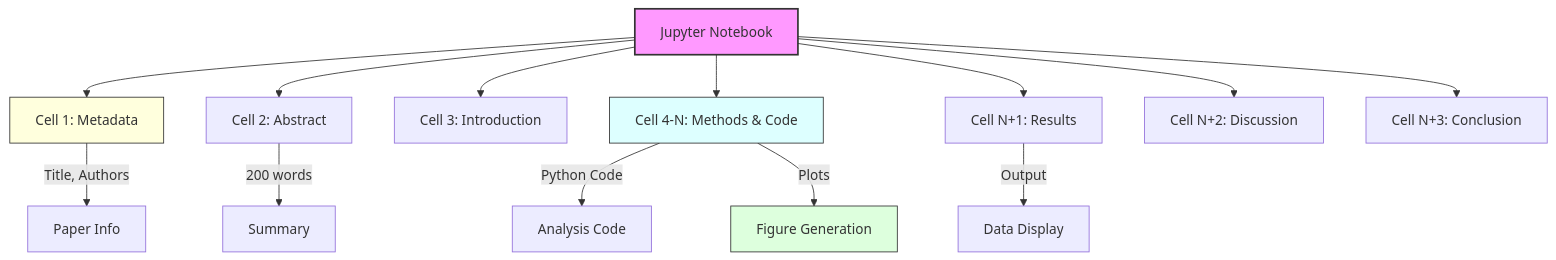
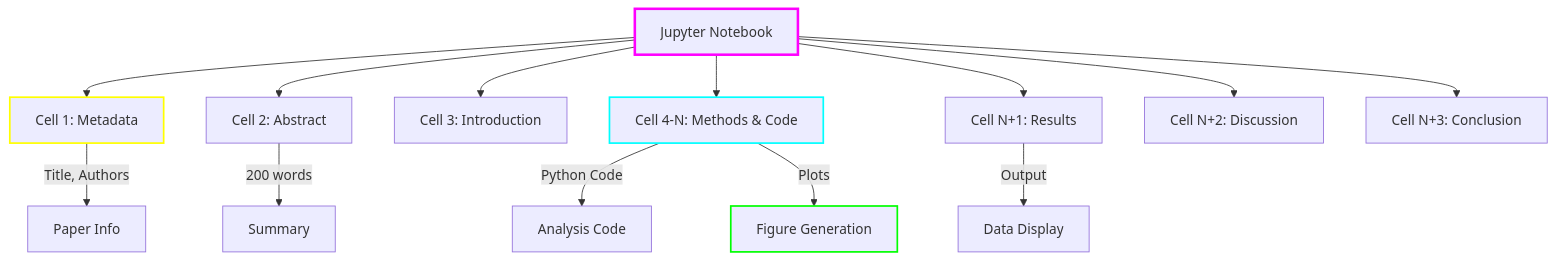
Before and after one commit to Ziforge/jupyter-overleaf-workflow: the second of 10 diagrams in docs/DIAGRAMS.md, drawn with Mermaid. The commit also changed other lines of this file and 1 other file, not shown here.

First line of the commit message:
Update Mermaid diagrams to use colored borders only

````diff
--- a/docs/DIAGRAMS.md
+++ b/docs/DIAGRAMS.md
@@ -45,21 +45,21 @@
 ```mermaid
 graph TD
     Notebook[Jupyter Notebook] --> Meta[Cell 1: Metadata]
     Notebook --> Abstract[Cell 2: Abstract]
     Notebook --> Intro[Cell 3: Introduction]
     Notebook --> Methods[Cell 4-N: Methods & Code]
     Notebook --> Results[Cell N+1: Results]
     Notebook --> Discuss[Cell N+2: Discussion]
     Notebook --> Conclude[Cell N+3: Conclusion]
 
     Meta --> |Title, Authors| Info[Paper Info]
     Abstract --> |200 words| Summary[Summary]
     Methods --> |Python Code| Analysis[Analysis Code]
     Methods --> |Plots| Figures[Figure Generation]
     Results --> |Output| Data[Data Display]
 
-    style Notebook fill:#f9f,stroke:#333,stroke-width:2px
-    style Meta fill:#ffd,stroke:#333
-    style Methods fill:#dff,stroke:#333
-    style Figures fill:#dfd,stroke:#333
+    style Notebook stroke:#f0f,stroke-width:3px
+    style Meta stroke:#ff0,stroke-width:2px
+    style Methods stroke:#0ff,stroke-width:2px
+    style Figures stroke:#0f0,stroke-width:2px
 ```
````
